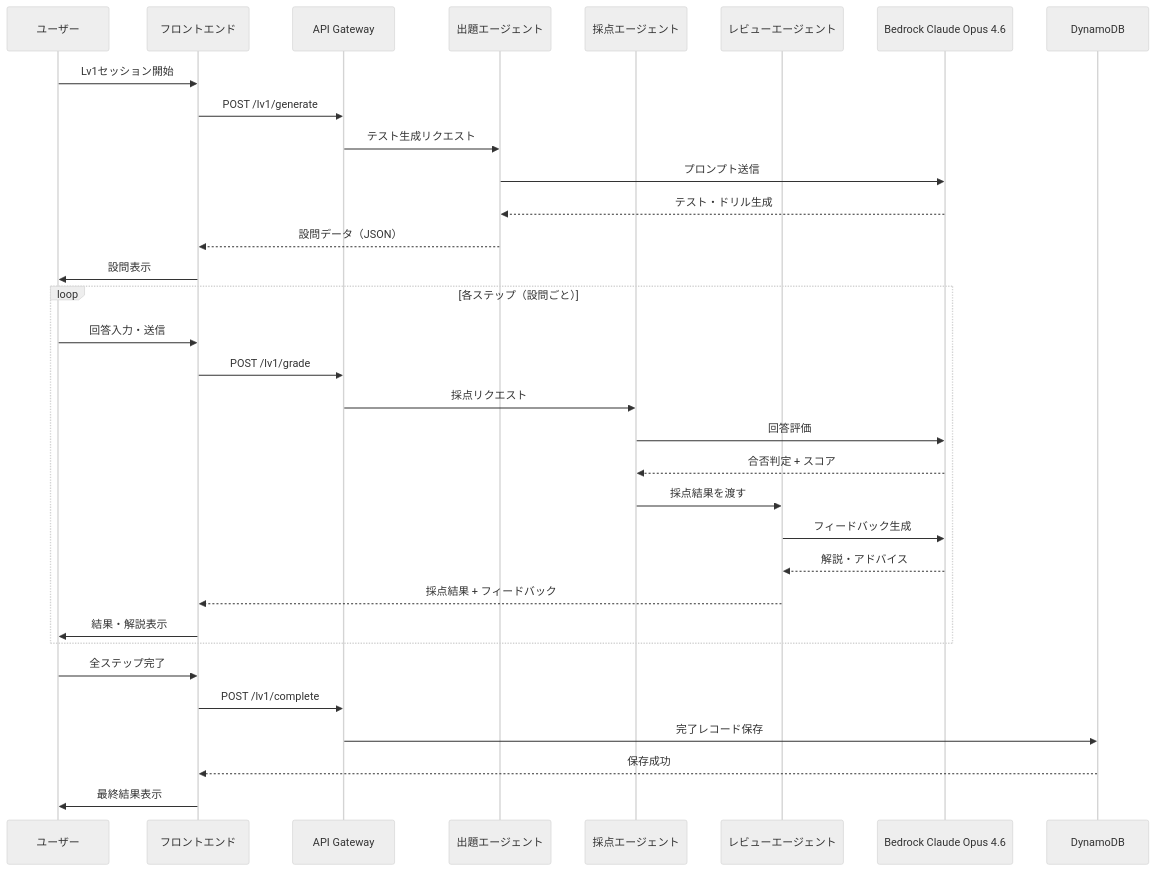
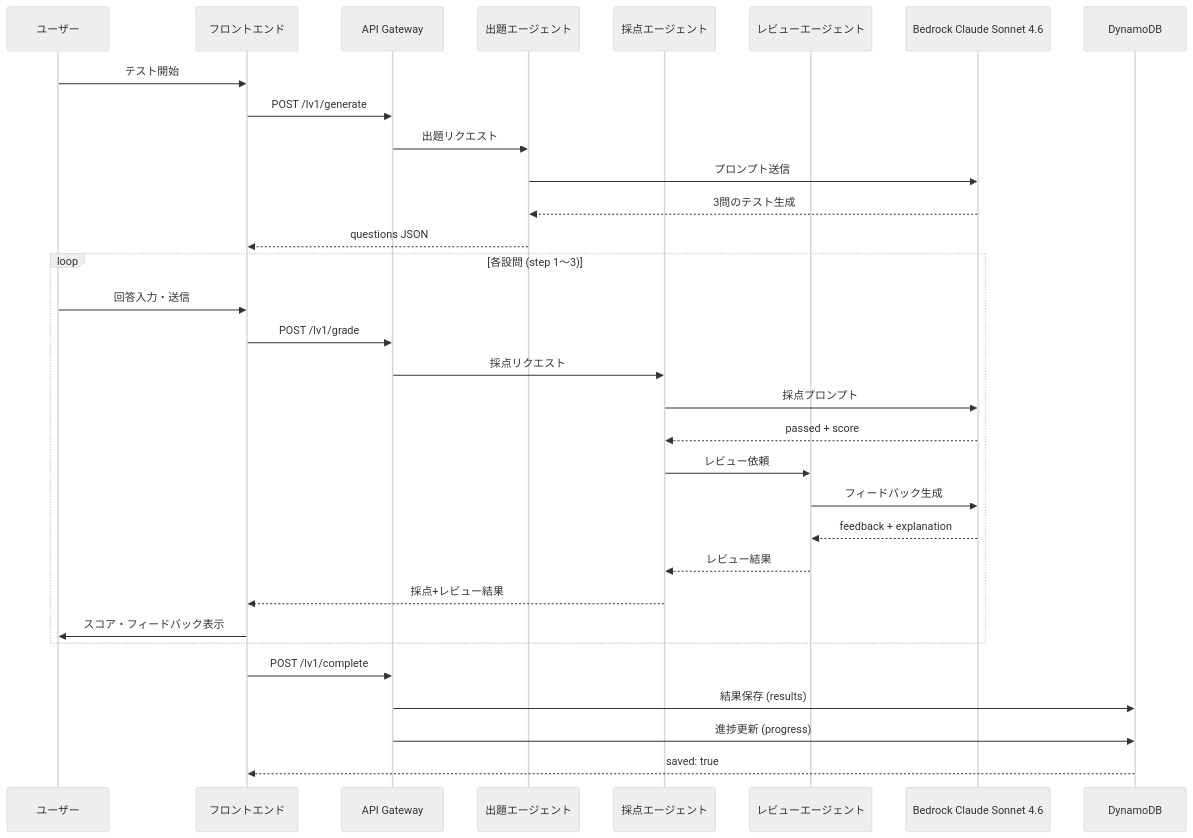
One commit to leadlea/LV1 changed the second of 3 diagrams in README.md. Above: the diagram before and after it, drawn with Mermaid (neutral theme). The commit also changed other lines of this file, not shown here.

Commit message:
docs: README.md完成 - アーキテクチャ図・パイプライン・技術スタック

````diff
--- a/README.md
+++ b/README.md
@@ -46,38 +48,37 @@
 ```mermaid
 sequenceDiagram
     participant U as ユーザー
     participant FE as フロントエンド
     participant API as API Gateway
     participant TG as 出題エージェント
     participant G as 採点エージェント
     participant R as レビューエージェント
-    participant BR as Bedrock Claude Opus 4.6
+    participant BR as Bedrock Claude Sonnet 4.6
     participant DB as DynamoDB
 
-    U->>FE: Lv1セッション開始
+    U->>FE: テスト開始
     FE->>API: POST /lv1/generate
-    API->>TG: テスト生成リクエスト
+    API->>TG: 出題リクエスト
     TG->>BR: プロンプト送信
-    BR-->>TG: テスト・ドリル生成
-    TG-->>FE: 設問データ（JSON）
-    FE->>U: 設問表示
+    BR-->>TG: 3問のテスト生成
+    TG-->>FE: questions JSON
 
-    loop 各ステップ（設問ごと）
+    loop 各設問 (step 1〜3)
         U->>FE: 回答入力・送信
         FE->>API: POST /lv1/grade
         API->>G: 採点リクエスト
-        G->>BR: 回答評価
-        BR-->>G: 合否判定 + スコア
-        G->>R: 採点結果を渡す
+        G->>BR: 採点プロンプト
+        BR-->>G: passed + score
+        G->>R: レビュー依頼
         R->>BR: フィードバック生成
-        BR-->>R: 解説・アドバイス
-        R-->>FE: 採点結果 + フィードバック
-        FE->>U: 結果・解説表示
+        BR-->>R: feedback + explanation
+        R-->>G: レビュー結果
+        G-->>FE: 採点+レビュー結果
+        FE->>U: スコア・フィードバック表示
     end
 
-    U->>FE: 全ステップ完了
     FE->>API: POST /lv1/complete
-    API->>DB: 完了レコード保存
-    DB-->>FE: 保存成功
-    FE->>U: 最終結果表示
+    API->>DB: 結果保存 (results)
+    API->>DB: 進捗更新 (progress)
+    DB-->>FE: saved: true
 ```
````
